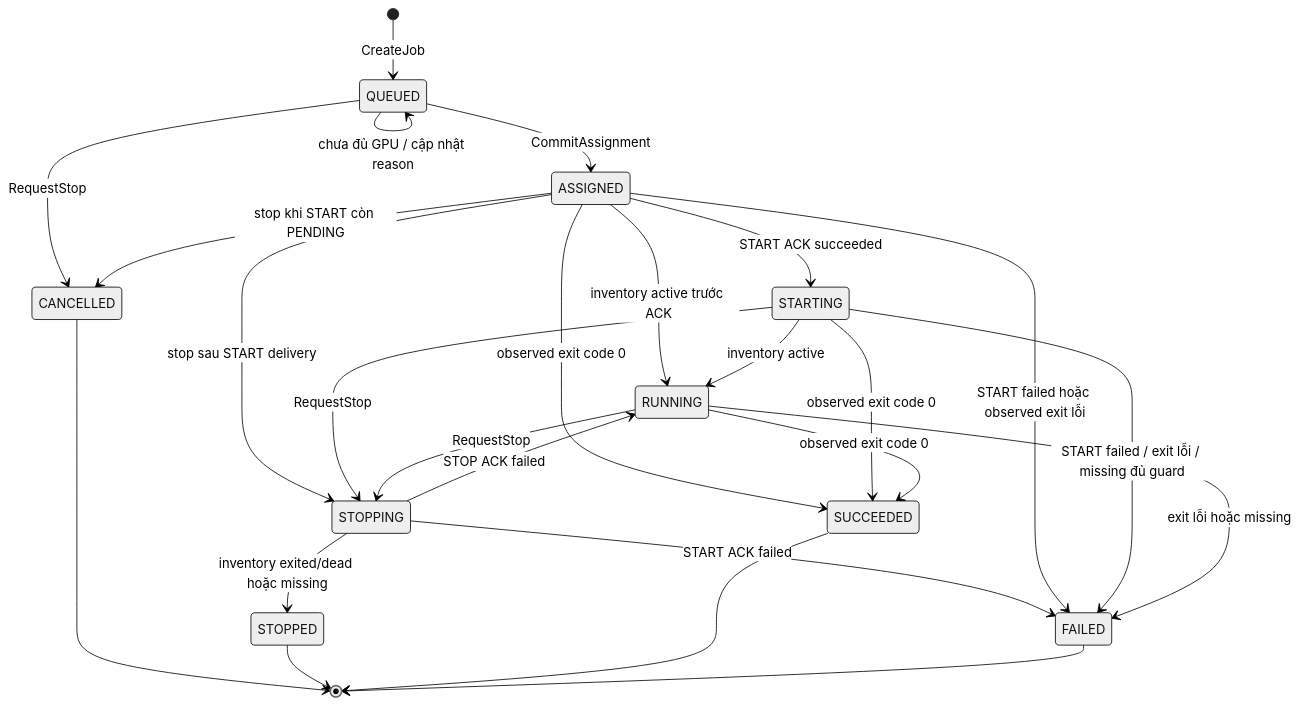
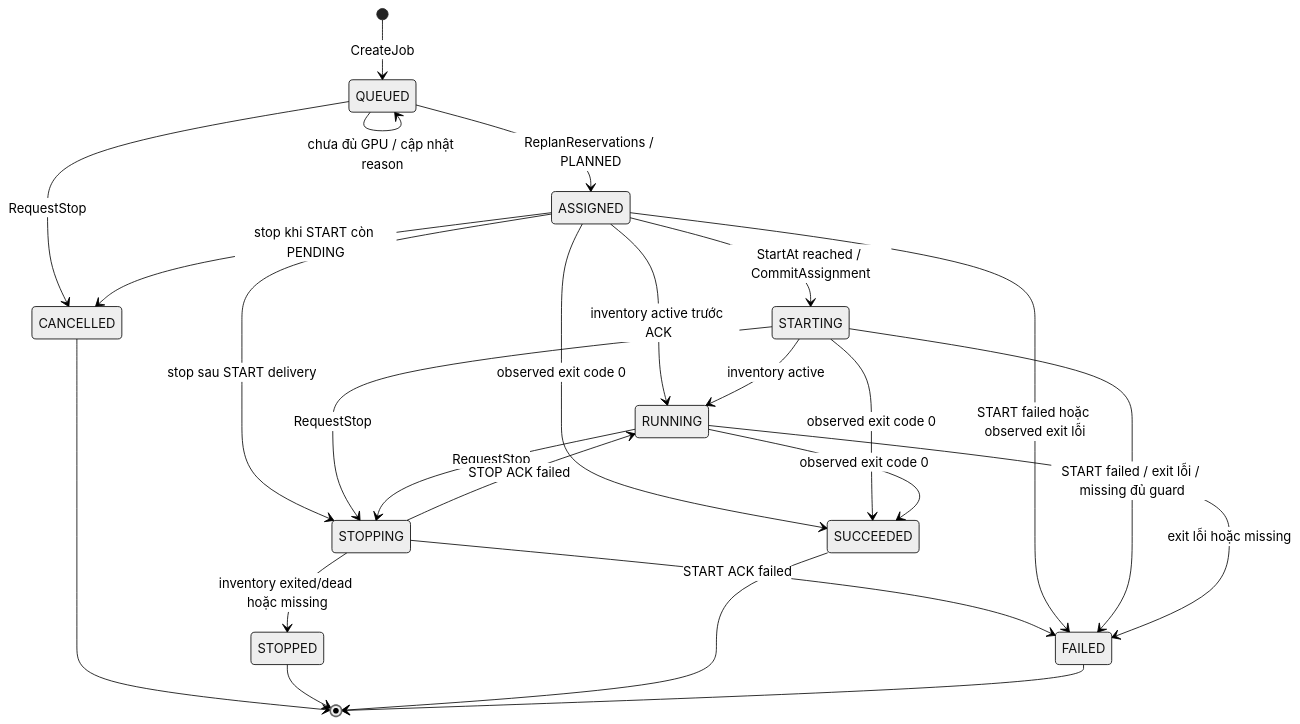
One commit to NgocDungK68/docker-gpu-server-platform changed diagram 11 of 14 in docs/SYSTEM_DESIGN.md. Above: the diagram before and after it, drawn with Mermaid (neutral theme). The commit also changed other lines of this file and 33 other files, not shown here.

```diff
--- a/docs/SYSTEM_DESIGN.md
+++ b/docs/SYSTEM_DESIGN.md
@@ -451,27 +410,27 @@
 ~~~mermaid
 stateDiagram-v2
     [*] --> QUEUED: CreateJob
     QUEUED --> QUEUED: chưa đủ GPU / cập nhật reason
-    QUEUED --> ASSIGNED: CommitAssignment
+    QUEUED --> ASSIGNED: ReplanReservations / PLANNED
     QUEUED --> CANCELLED: RequestStop
     ASSIGNED --> CANCELLED: stop khi START còn PENDING
-    ASSIGNED --> STARTING: START ACK succeeded
+    ASSIGNED --> STARTING: StartAt reached / CommitAssignment
     ASSIGNED --> RUNNING: inventory active trước ACK
     STARTING --> RUNNING: inventory active
     ASSIGNED --> STOPPING: stop sau START delivery
     STARTING --> STOPPING: RequestStop
     RUNNING --> STOPPING: RequestStop
     STOPPING --> RUNNING: STOP ACK failed
     STOPPING --> STOPPED: inventory exited/dead hoặc missing
     STOPPING --> FAILED: START ACK failed
     ASSIGNED --> FAILED: START failed hoặc observed exit lỗi
     STARTING --> FAILED: START failed / exit lỗi / missing đủ guard
     RUNNING --> FAILED: exit lỗi hoặc missing
     ASSIGNED --> SUCCEEDED: observed exit code 0
     STARTING --> SUCCEEDED: observed exit code 0
     RUNNING --> SUCCEEDED: observed exit code 0
     CANCELLED --> [*]
     STOPPED --> [*]
     SUCCEEDED --> [*]
     FAILED --> [*]
 ~~~
```
